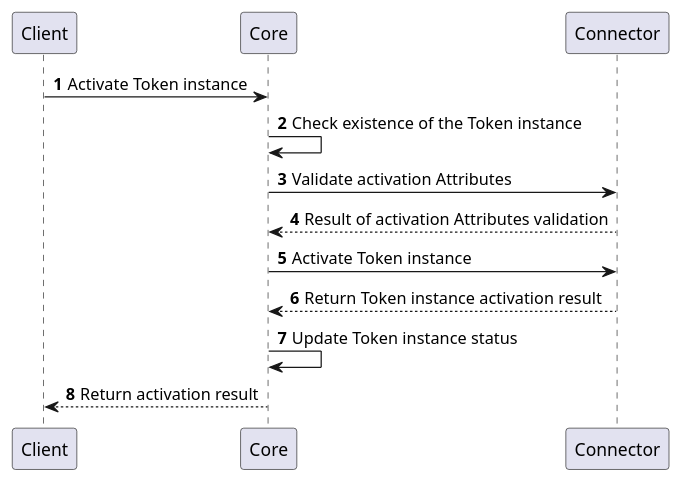
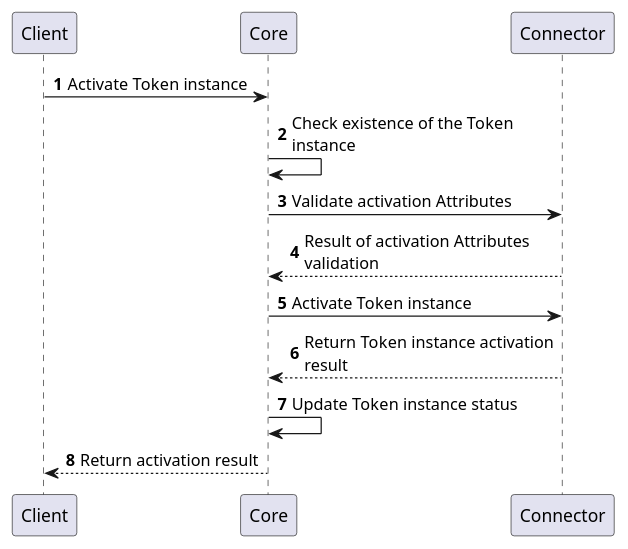
The seventh of 15 diagrams in docs/12-connectors/05-description/35-cryptography-provider.md (CZERTAINLY/CZERTAINLY-Documentation), drawn with PlantUML before and after one commit. The commit also changed other lines of this file, not shown here.

Commit message:
Update cryptographic operation processes

````diff
--- a/docs/12-connectors/05-description/35-cryptography-provider.md
+++ b/docs/12-connectors/05-description/35-cryptography-provider.md
@@ -183,14 +217,15 @@
 ```plantuml
     @startuml
     autonumber
+    skinparam maxMessageSize 200
     skinparam topurl https://docs.czertainly.com/api/
         Client -> Core [[core-cryptography/#tag/Token-Management-API/operation/activateTokenInstance]]: Activate Token instance
         Core->Core: Check existence of the Token instance
-        Core -> Connector : Validate activation Attributes
+        Core -> Connector [[connector-cryptography-provider/#tag/Key-Management-API/operation/validateTokenInstanceActivationAttributes]]: Validate activation Attributes
         Connector --> Core: Result of activation Attributes validation
         Core -> Connector [[connector-cryptography-provider/#tag/Token-Management-API/operation/activateTokenInstance]]: Activate Token instance
         Connector --> Core: Return Token instance activation result
         Core -> Core : Update Token instance status
         Core --> Client: Return activation result
     @enduml
 ```
````
